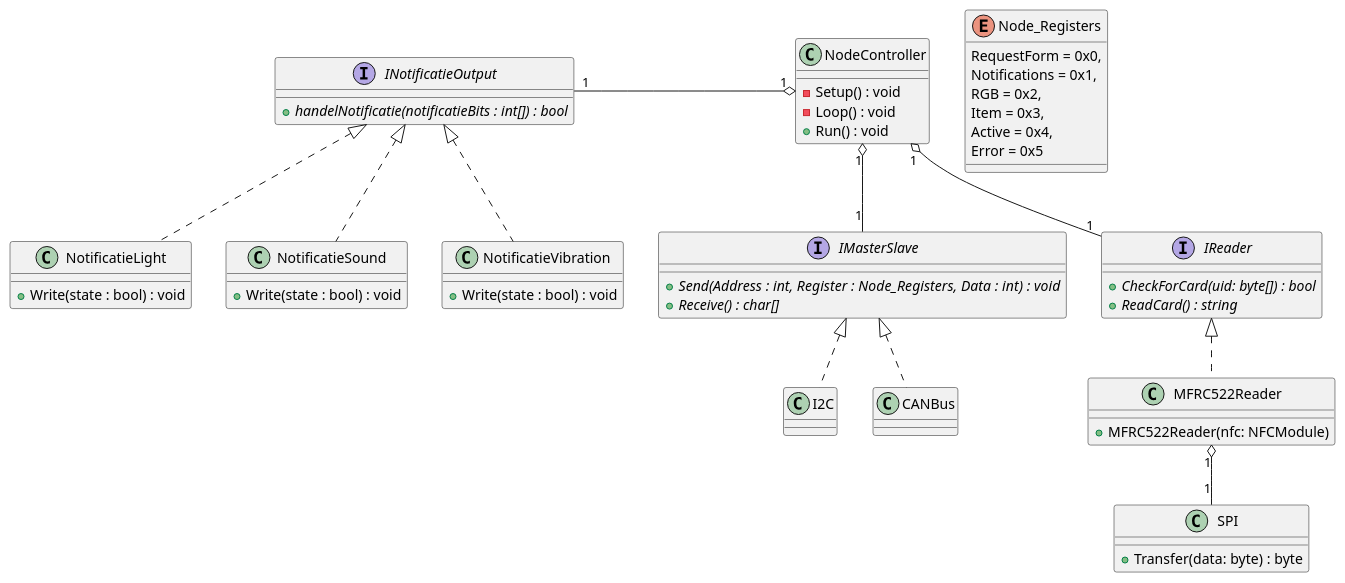
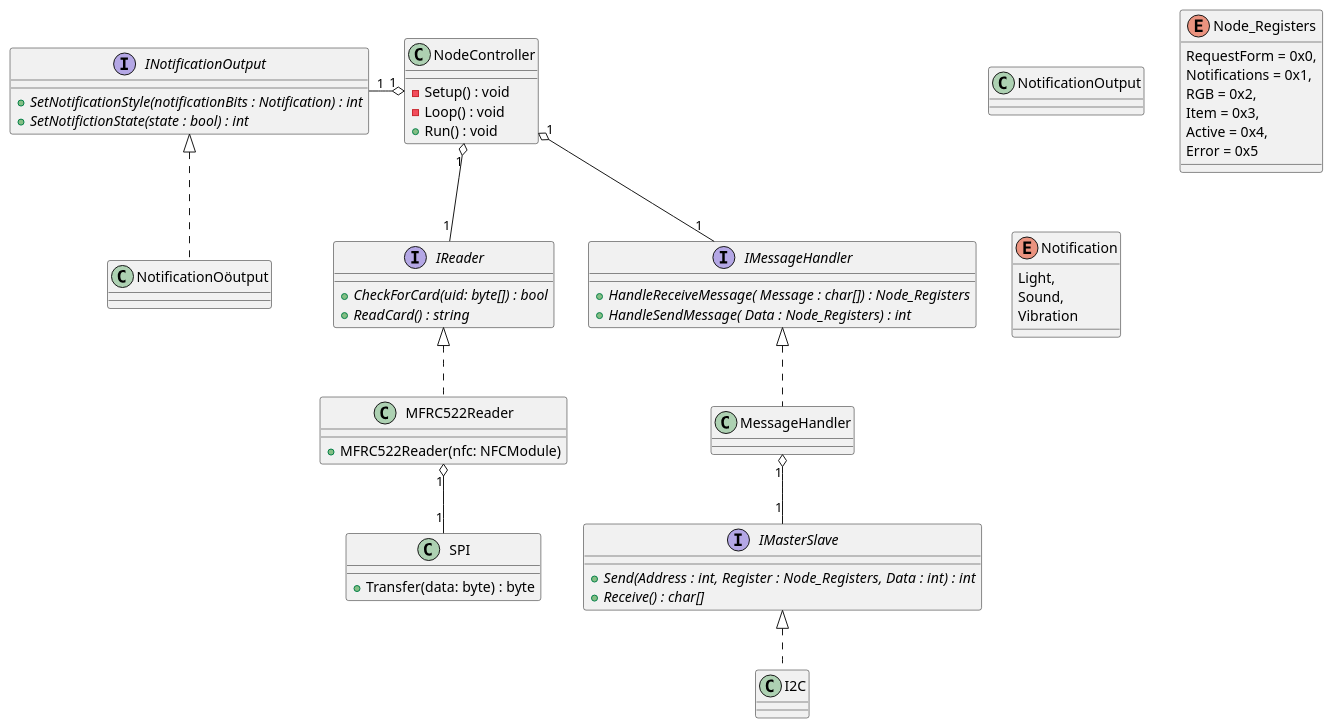
Before and after one commit to T3-FindIt/FindIt: the diagram in Designs/Arduino nano/Class diagram Reader.wsd, drawn with PlantUML. The commit also changed 3 other files, not shown here.

Commit message:
update class diagram reader

```diff
--- a/Designs/Arduino nano/Class diagram Reader.wsd
+++ b/Designs/Arduino nano/Class diagram Reader.wsd
@@ -1,73 +1,79 @@
 @startuml
 
 Class NodeController
 {
     {method} - Setup() : void 
     {method} - Loop() : void
     {method} + Run() : void
 }
 
 Interface IMasterSlave
 {
-    {abstract} + Send(Address : int, Register : Node_Registers, Data : int)  : void
+    {abstract} + Send(Address : int, Register : Node_Registers, Data : int)  : int
     {abstract} + Receive() : char[]
 }
 
-Interface INotificatieOutput
+Interface INotificationOutput
 {
-    {abstract} + handelNotificatie(notificatieBits : int[]) : bool
+    {abstract} + SetNotificationStyle(notificationBits : Notification) : int
+    {abstract} + SetNotifictionState(state : bool) : int
 }
 
-class NotificatieLight
+class NotificationOutput
 {
-    {method} + Write(state : bool) : void
-}
-
-class NotificatieSound
-{
-    {method} + Write(state : bool) : void
-}
-
-class NotificatieVibration
-{
-    {method} + Write(state : bool) : void
 }
 
 class SPI {
    {method} + Transfer(data: byte) : byte
 }
 
 interface IReader {
     {abstract} + CheckForCard(uid: byte[]) : bool
     {abstract} + ReadCard() : string
 }
 
 class MFRC522Reader {
     {method} + MFRC522Reader(nfc: NFCModule)
 }
 
+interface IMessageHandler {
+    {abstract} + HandleReceiveMessage( Message : char[]) : Node_Registers
+    {abstract} + HandleSendMessage( Data : Node_Registers) : int
+}
+
+class MessageHandler {
+}
+
 enum Node_Registers
 {
     RequestForm = 0x0,
     Notifications = 0x1,
     RGB = 0x2,
     Item = 0x3,
     Active = 0x4,
     Error = 0x5
 }
 
-NodeController "1" o-left- "1" INotificatieOutput
-NodeController "1" o-- "1" IMasterSlave
+enum Notification
+{
+    Light,
+    Sound,
+    Vibration
+}
+
+NodeController "1" o-left- "1" INotificationOutput
 NodeController "1" o-- "1" IReader
+NodeController "1" o-- "1" IMessageHandler
 
-INotificatieOutput <|.. NotificatieLight
-INotificatieOutput <|.. NotificatieSound
-INotificatieOutput <|.. NotificatieVibration
+IMessageHandler <|.. MessageHandler
+
+MessageHandler "1" o-- "1" IMasterSlave
+
+INotificationOutput <|.. NotificationOöutput
 
 IMasterSlave <|.. I2C
-IMasterSlave <|.. CANBus
 
 IReader <|.. MFRC522Reader
 MFRC522Reader "1" o-- "1" SPI
 
 @enduml
```
